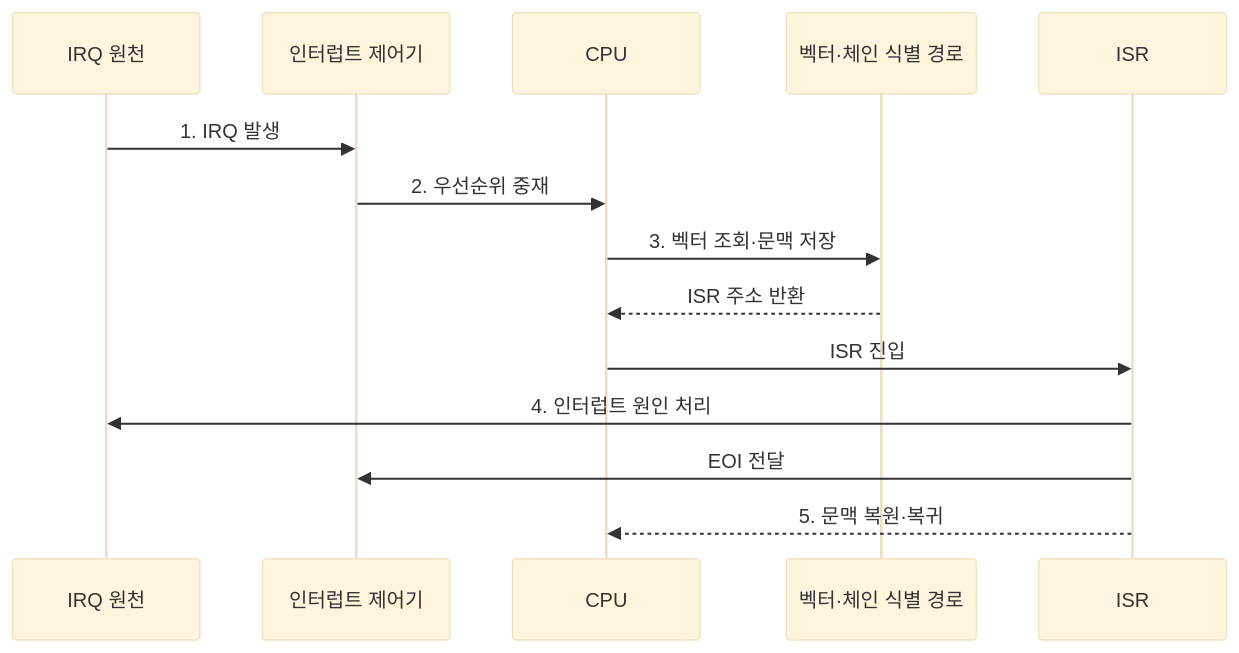
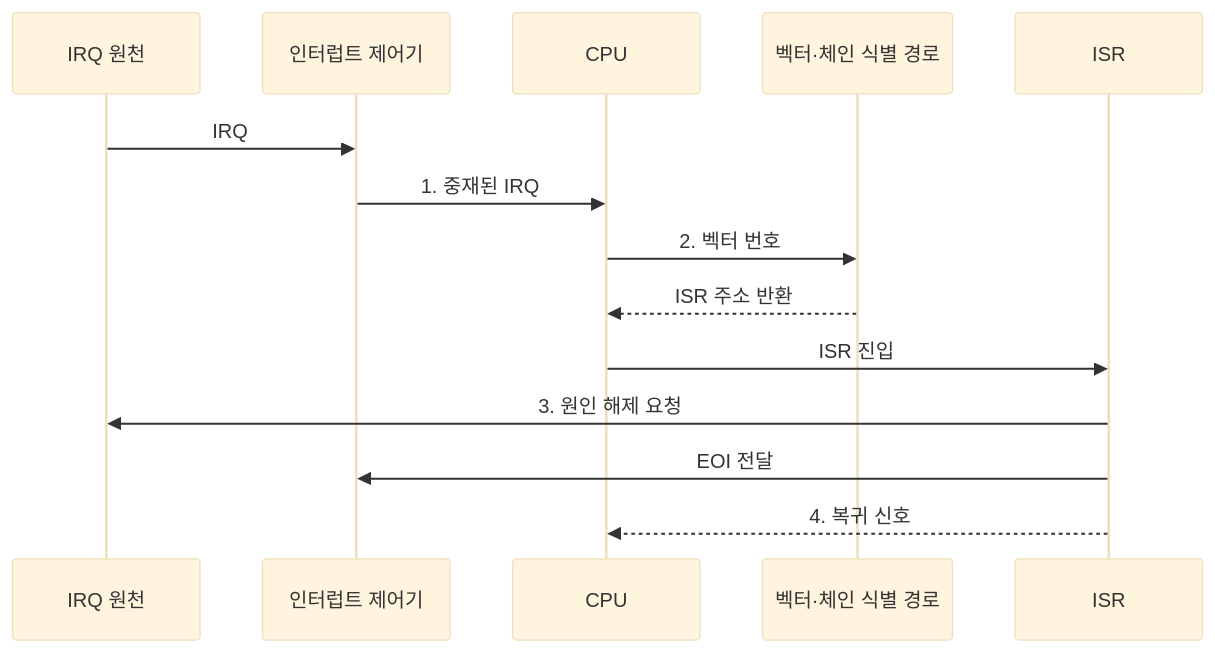
Before and after one commit to agnusdei1207/knowledge-base: the second of 2 diagrams in src/content/docs/notes/02-hardware/034_interrupt_handling.md, drawn with Mermaid (base theme). The commit also changed other lines of this file and 20 other files, not shown here.

````diff
--- a/src/content/docs/notes/02-hardware/034_interrupt_handling.md
+++ b/src/content/docs/notes/02-hardware/034_interrupt_handling.md
@@ -87,16 +89,16 @@
 ```mermaid
 sequenceDiagram
     participant D as IRQ 원천
     participant C as 인터럽트 제어기
     participant P as CPU
     participant V as 벡터·체인 식별 경로
     participant I as ISR
-    D->>C: 1. IRQ 발생
-    C->>P: 2. 우선순위 중재
-    P->>V: 3. 벡터 조회·문맥 저장
+    D->>C: IRQ
+    C->>P: 1. 중재된 IRQ
+    P->>V: 2. 벡터 번호
     V-->>P: ISR 주소 반환
     P->>I: ISR 진입
-    I->>D: 4. 인터럽트 원인 처리
+    I->>D: 3. 원인 해제 요청
     I->>C: EOI 전달
-    I-->>P: 5. 문맥 복원·복귀
+    I-->>P: 4. 복귀 신호
 ```
````
